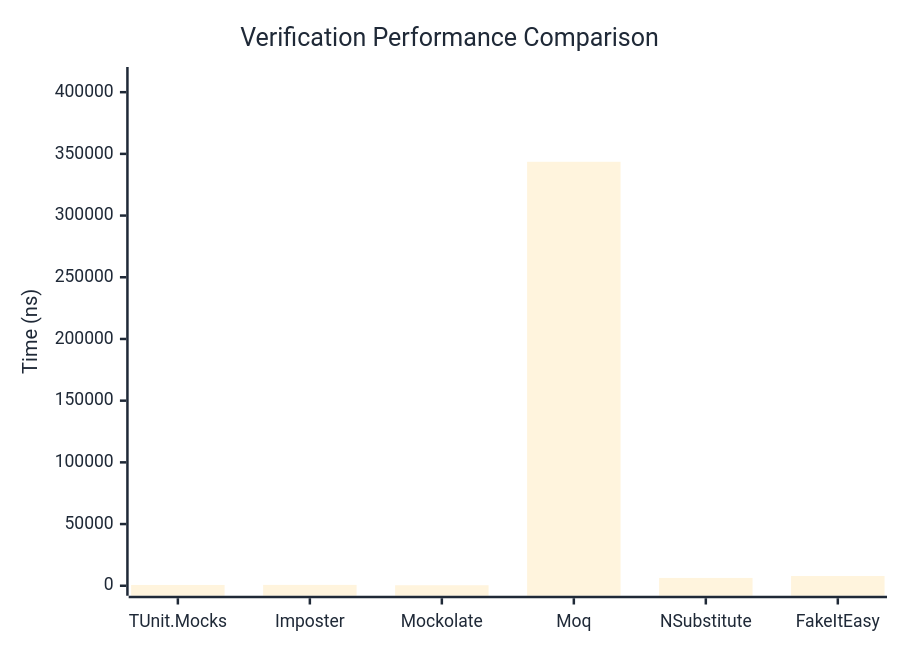
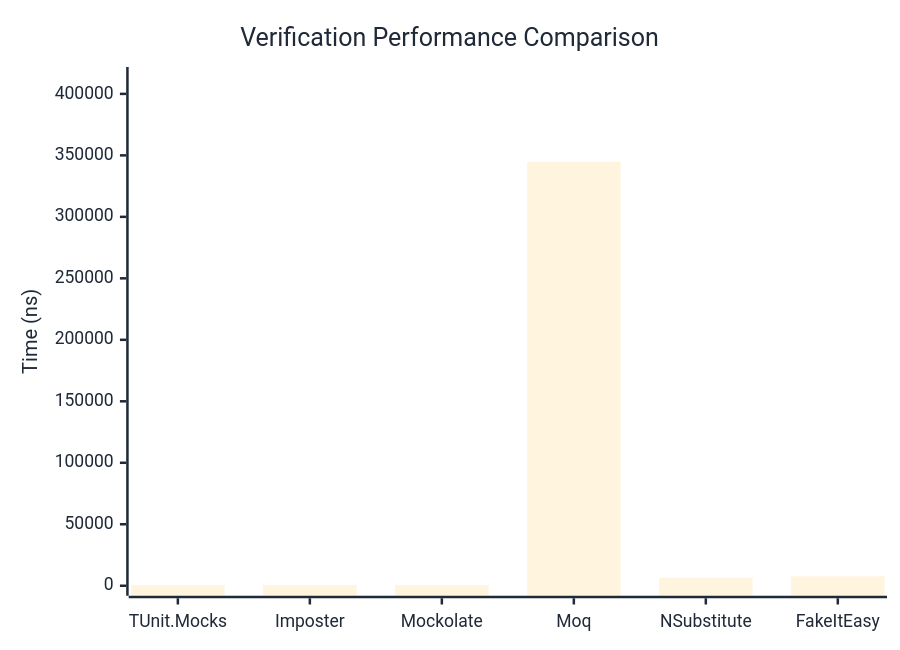
One commit to thomhurst/TUnit changed the first of 3 diagrams in docs/docs/benchmarks/mocks/Verification.md. Above: the diagram before and after it, drawn with Mermaid. The commit also changed other lines of this file and 14 other files, not shown here.

````diff
--- a/docs/docs/benchmarks/mocks/Verification.md
+++ b/docs/docs/benchmarks/mocks/Verification.md
@@ -28,27 +28,27 @@
 ```mermaid
 %%{init: {
   'theme':'base',
   'themeVariables': {
     'primaryColor': '#2563eb',
     'primaryTextColor': '#1f2937',
     'primaryBorderColor': '#1e40af',
     'lineColor': '#6b7280',
     'secondaryColor': '#7c3aed',
     'tertiaryColor': '#dc2626',
     'background': '#ffffff',
     'pie1': '#2563eb',
     'pie2': '#7c3aed',
     'pie3': '#dc2626',
     'pie4': '#f59e0b',
     'pie5': '#10b981',
     'pie6': '#06b6d4',
     'pie7': '#ec4899',
     'pie8': '#6366f1'
   }
 }}%%
 xychart-beta
   title "Verification Performance Comparison"
   x-axis ["TUnit.Mocks", "Imposter", "Mockolate", "Moq", "NSubstitute", "FakeItEasy"]
-  y-axis "Time (ns)" 0 --> 412302
-  bar [647.2, 697.68, 418.84, 343584.41, 6343.02, 7912.7]
+  y-axis "Time (ns)" 0 --> 413731
+  bar [651.56, 695.01, 417.46, 344775.19, 6517.01, 7638.69]
 ```
````
